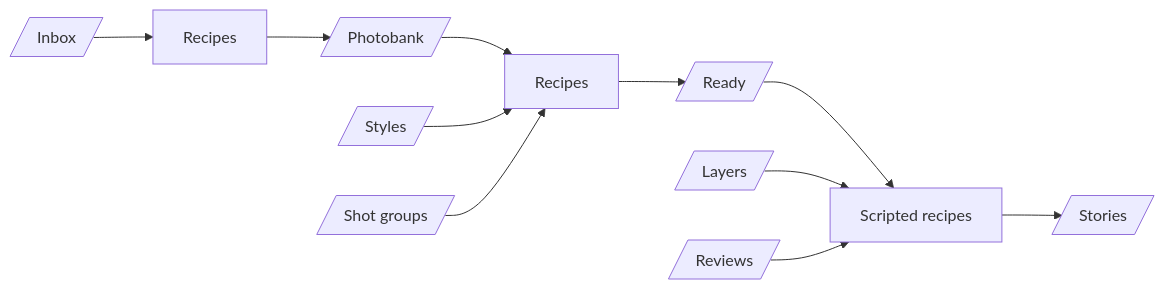
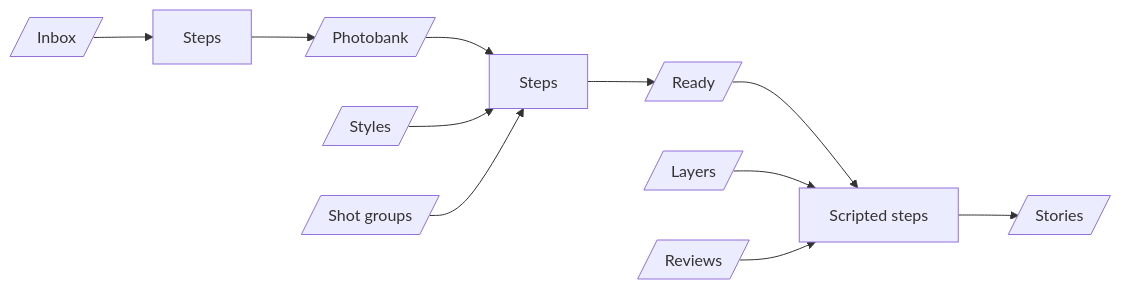
One commit to losnikitos/rocketbox changed the diagram in AGENTS.md. Above: the diagram before and after it, drawn with Mermaid. The commit also changed other lines of this file and 83 other files, not shown here.

````diff
--- a/AGENTS.md
+++ b/AGENTS.md
@@ -31,8 +31,8 @@
 ```mermaid
 flowchart LR
- Inbox[/Inbox/] --> InboxRecipes[Recipes] --> Photobank[/Photobank/] --> Recipes --> Ready[/Ready/] --> Scripted[Scripted recipes] --> Stories[/Stories/]
- Styles[/Styles/] --> Recipes
- Shots[/Shot groups/] --> Recipes
+ Inbox[/Inbox/] --> InboxSteps[Steps] --> Photobank[/Photobank/] --> Steps --> Ready[/Ready/] --> Scripted[Scripted steps] --> Stories[/Stories/]
+ Styles[/Styles/] --> Steps
+ Shots[/Shot groups/] --> Steps
  Layers[/Layers/] --> Scripted
  Reviews[/Reviews/] --> Scripted
 ```
````
